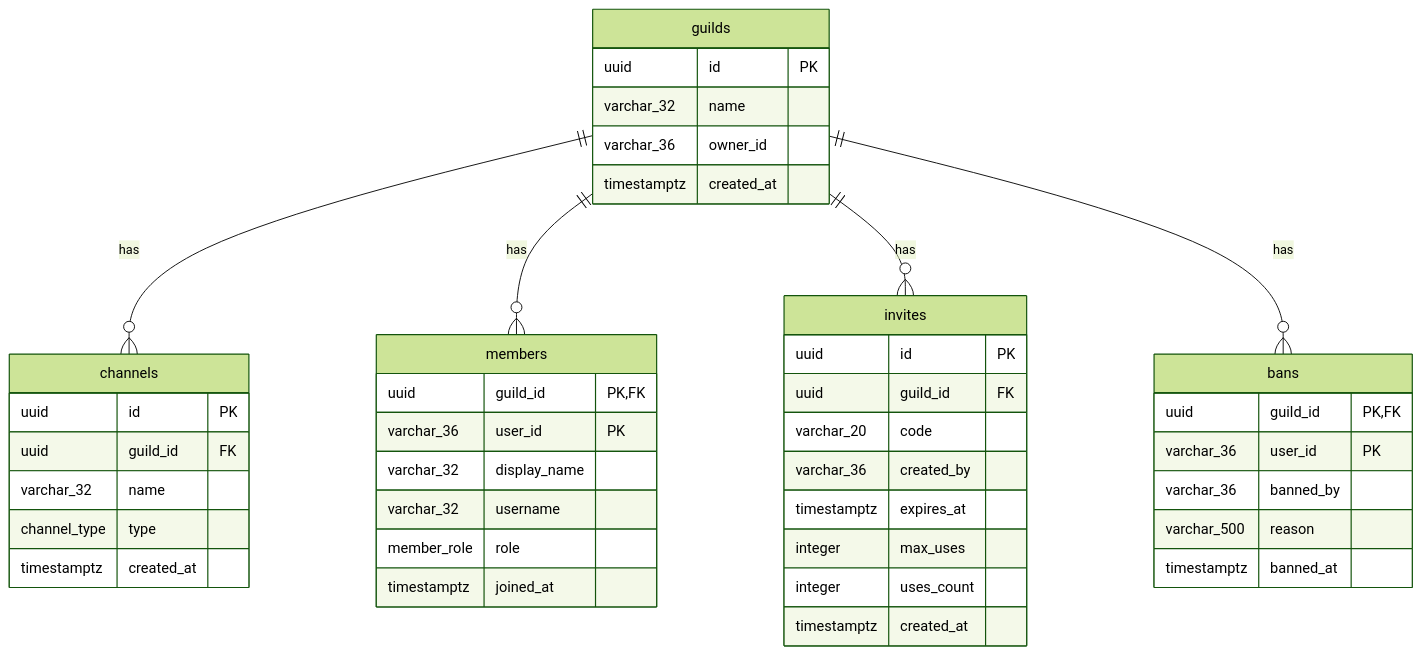
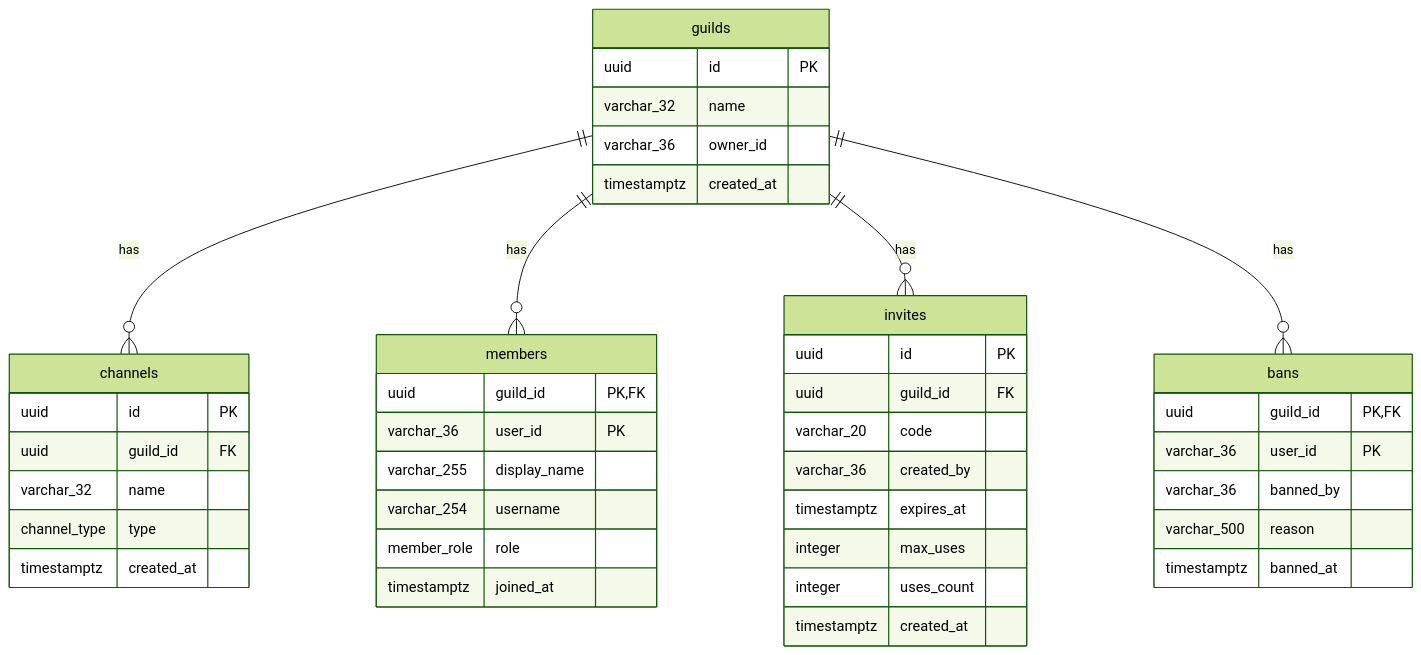
One commit to nextalkhub/NexTalk changed the first of 3 diagrams in docs/schema.md. Above: the diagram before and after it, drawn with Mermaid (forest theme). The commit also changed other lines of this file and 2 other files, not shown here.

Commit message:
fix: author_name VARCHAR(255), docs синхронизированы с новыми лимитами

````diff
--- a/docs/schema.md
+++ b/docs/schema.md
@@ -101,50 +101,50 @@
 ```mermaid
 erDiagram
   guilds ||--o{ channels : "has"
   guilds ||--o{ members  : "has"
   guilds ||--o{ invites  : "has"
   guilds ||--o{ bans     : "has"
 
   guilds {
     uuid        id         PK
     varchar_32  name
     varchar_36  owner_id
     timestamptz created_at
   }
 
   channels {
     uuid         id         PK
     uuid         guild_id   FK
     varchar_32  name
     channel_type type
     timestamptz  created_at
   }
 
   members {
     uuid       guild_id     PK,FK
     varchar_36 user_id      PK
-    varchar_32 display_name
-    varchar_32 username
+    varchar_255 display_name
+    varchar_254 username
     member_role role
     timestamptz joined_at
   }
 
   invites {
     uuid        id         PK
     uuid        guild_id   FK
     varchar_20  code
     varchar_36  created_by
     timestamptz expires_at
     integer     max_uses
     integer     uses_count
     timestamptz created_at
   }
 
   bans {
     uuid        guild_id  PK,FK
     varchar_36  user_id   PK
     varchar_36  banned_by
     varchar_500 reason
     timestamptz banned_at
   }
 ```
````
